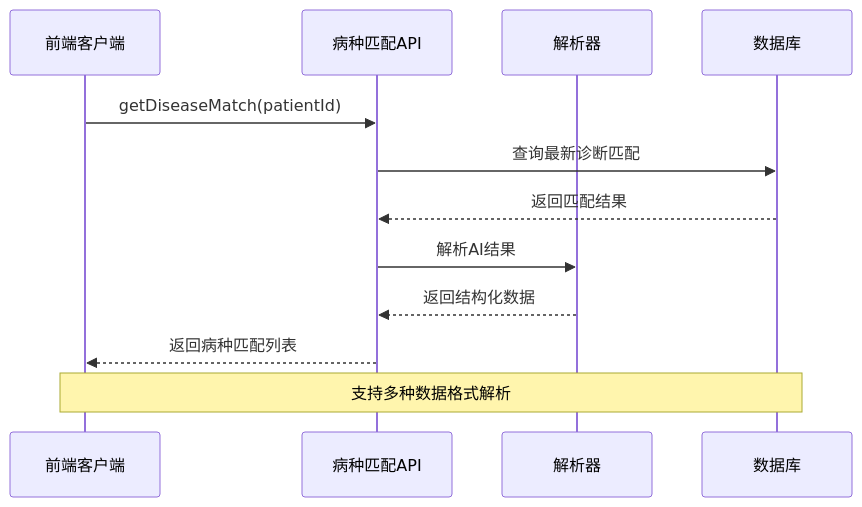
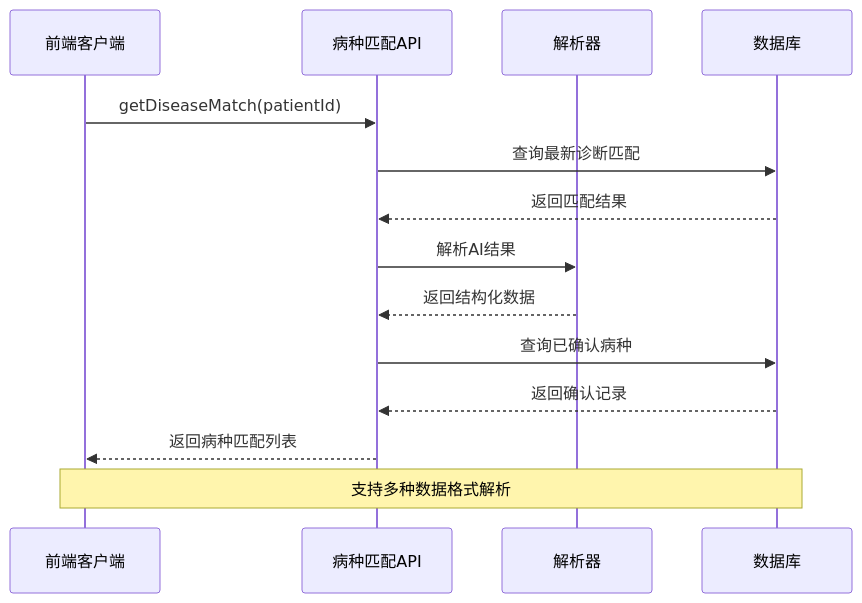
Before and after one commit to liuzh2008/med_ai_assistant_workspace: the eighth of 10 diagrams in .qoder/repowiki/zh/content/临床指引Tab.md, drawn with Mermaid. The commit also changed other lines of this file and 5 other files, not shown here.

````diff
--- a/.qoder/repowiki/zh/content/临床指引Tab.md
+++ b/.qoder/repowiki/zh/content/临床指引Tab.md
@@ -262,14 +381,16 @@
 ```mermaid
 sequenceDiagram
 participant Client as 前端客户端
 participant API as 病种匹配API
 participant Parser as 解析器
 participant DB as 数据库
 Client->>API : getDiseaseMatch(patientId)
 API->>DB : 查询最新诊断匹配
 DB-->>API : 返回匹配结果
 API->>Parser : 解析AI结果
 Parser-->>API : 返回结构化数据
+API->>DB : 查询已确认病种
+DB-->>API : 返回确认记录
 API-->>Client : 返回病种匹配列表
 Note over Client,DB : 支持多种数据格式解析
 ```
````
